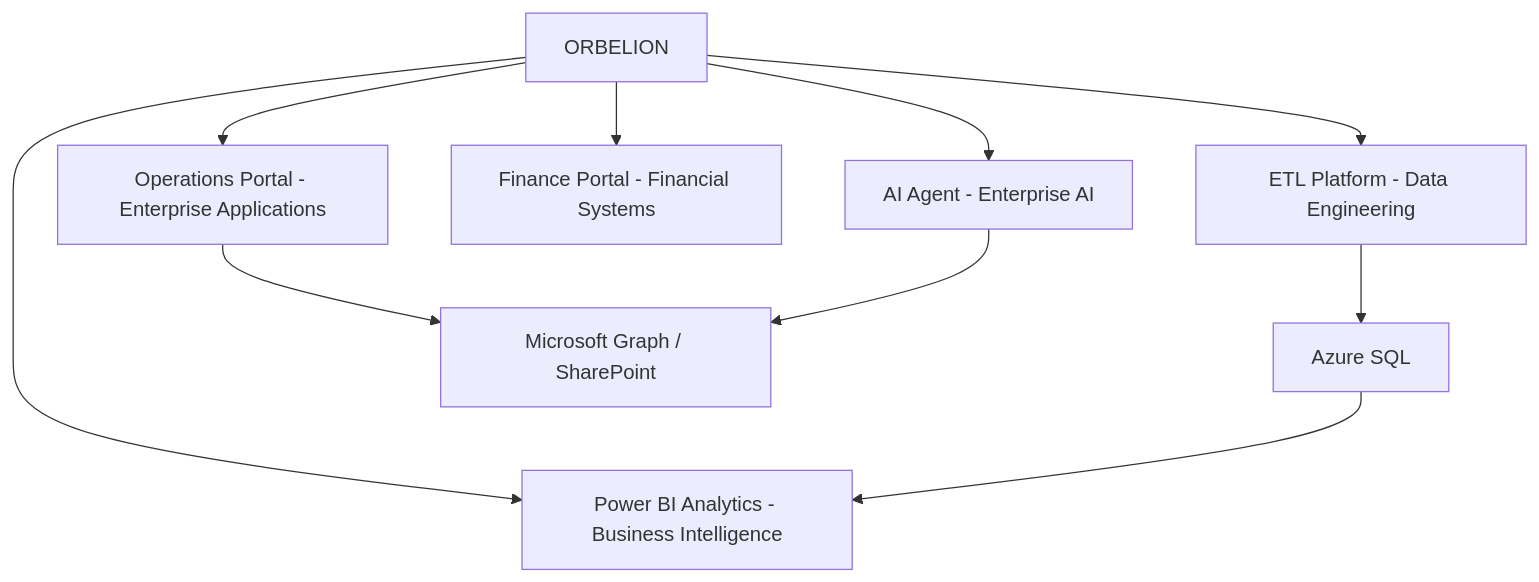
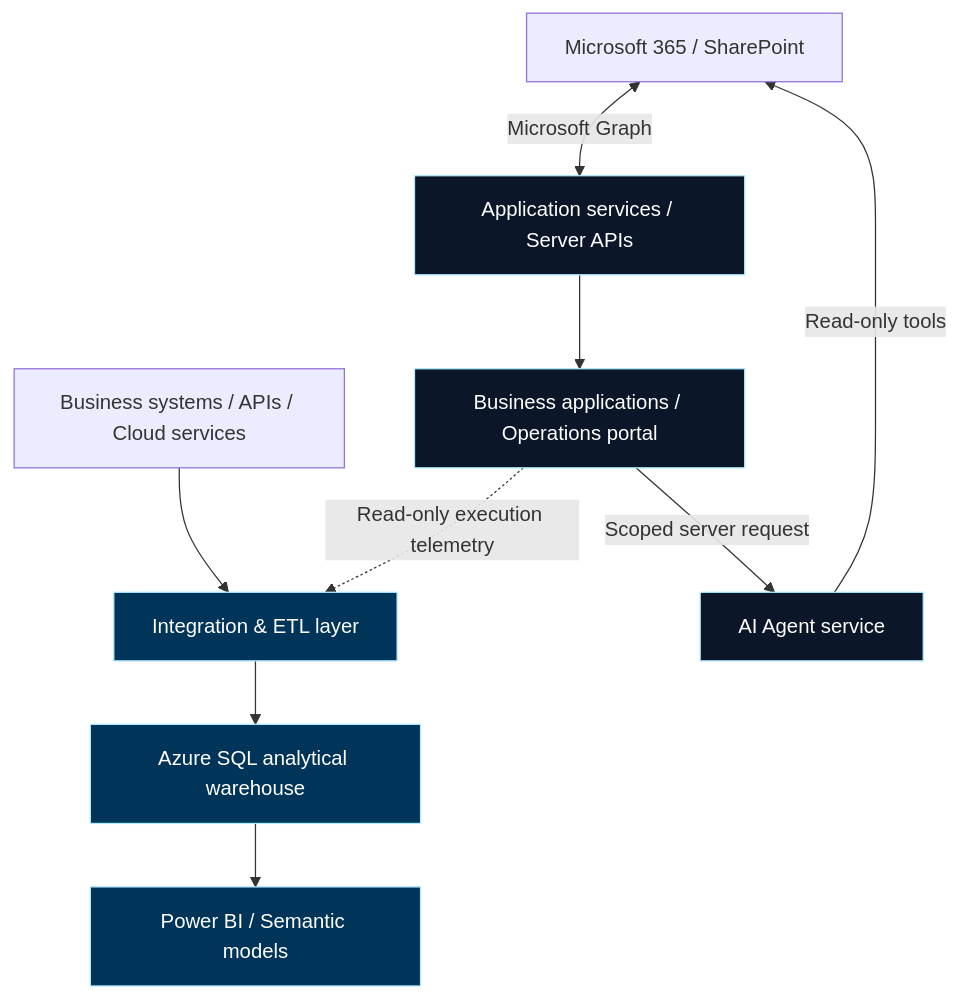
One commit to Orbelion-Platform/.github changed the diagram in profile/README.md. Above: the diagram before and after it, drawn with Mermaid. The commit also changed other lines of this file, not shown here.

Commit message:
docs: redesign ORBELION enterprise organization profile

````diff
--- a/profile/README.md
+++ b/profile/README.md
@@ -17,16 +32,18 @@
 ```mermaid
 flowchart TB
-    ORB["ORBELION"]
-
-    ORB --> ETL["ETL Platform - Data Engineering"]
-    ORB --> OPS["Operations Portal - Enterprise Applications"]
-    ORB --> FIN["Finance Portal - Financial Systems"]
-    ORB --> BI["Power BI Analytics - Business Intelligence"]
-    ORB --> AI["AI Agent - Enterprise AI"]
-
-    ETL --> SQL["Azure SQL"]
-    SQL --> BI
-
-    OPS --> GRAPH["Microsoft Graph / SharePoint"]
-    AI --> GRAPH
+    Sources["Business systems / APIs / Cloud services"]
+    Sources --> ETL["Integration & ETL layer"]
+    ETL --> DW["Azure SQL analytical warehouse"]
+    DW --> BI["Power BI / Semantic models"]
+    M365["Microsoft 365 / SharePoint"]
+    Apps["Application services / Server APIs"]
+    M365 <-->|Microsoft Graph| Apps
+    Apps --> Portal["Business applications / Operations portal"]
+    Portal -->|Scoped server request| Agent["AI Agent service"]
+    Agent -->|Read-only tools| M365
+    Portal -.->|Read-only execution telemetry| ETL
+    classDef data fill:#003459,color:#FFFFFF,stroke:#ADEBFF
+    classDef service fill:#0B1728,color:#FFFFFF,stroke:#ADEBFF
+    class ETL,DW,BI data
+    class Apps,Portal,Agent service
 ```
````
